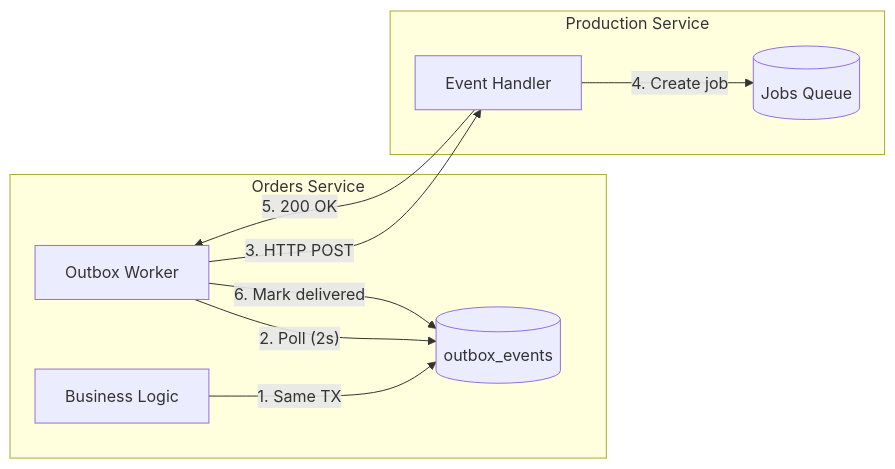
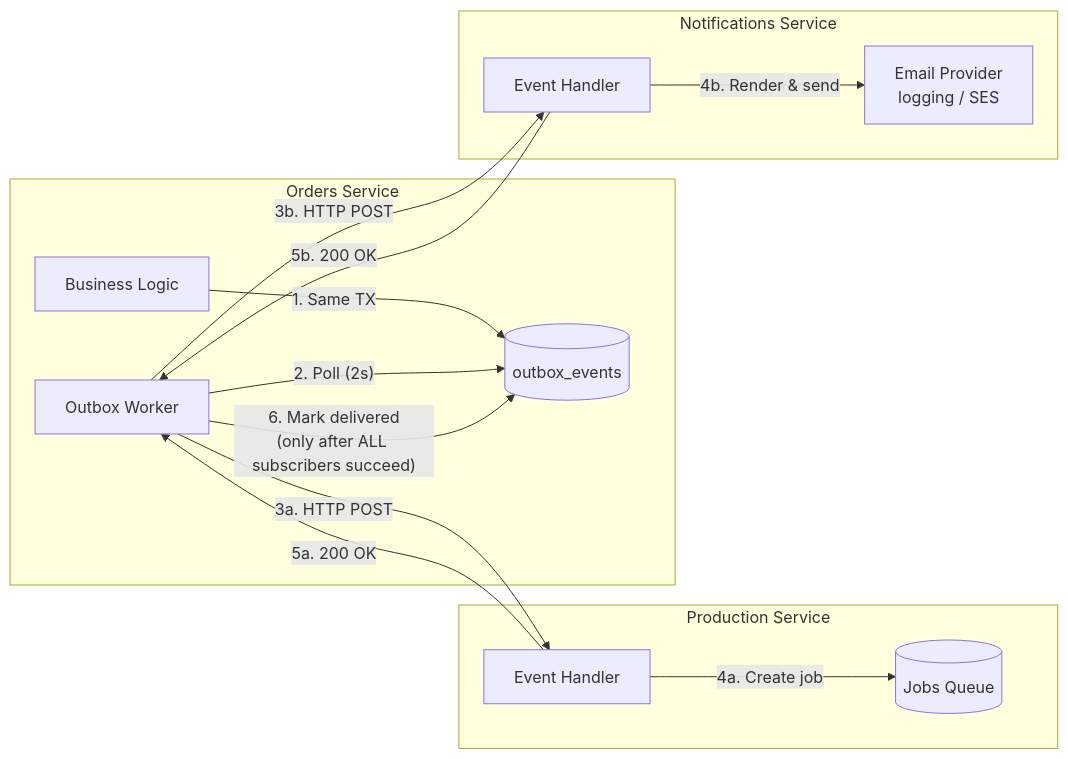
Before and after one commit to PolovinaD/posters-shop: the fifth of 8 diagrams in docs/ARCHITECTURE.md, drawn with Mermaid. The commit also changed other lines of this file and 12 other files, not shown here.

First line of the commit message:
docs(260718-u6s): repo docs sweep for the notifications service

````diff
--- a/docs/ARCHITECTURE.md
+++ b/docs/ARCHITECTURE.md
@@ -179,20 +202,28 @@
 ```mermaid
 flowchart LR
     subgraph "Orders Service"
         BL[Business Logic]
         OT[(outbox_events)]
         OW[Outbox Worker]
     end
     
     subgraph "Production Service"
         EH[Event Handler]
         JQ[(Jobs Queue)]
     end
     
+    subgraph "Notifications Service"
+        NEH[Event Handler]
+        EP[Email Provider<br/>logging / SES]
+    end
+    
     BL -->|"1. Same TX"| OT
     OW -->|"2. Poll (2s)"| OT
-    OW -->|"3. HTTP POST"| EH
-    EH -->|"4. Create job"| JQ
-    EH -->|"5. 200 OK"| OW
-    OW -->|"6. Mark delivered"| OT
+    OW -->|"3a. HTTP POST"| EH
+    EH -->|"4a. Create job"| JQ
+    EH -->|"5a. 200 OK"| OW
+    OW -->|"3b. HTTP POST"| NEH
+    NEH -->|"4b. Render & send"| EP
+    NEH -->|"5b. 200 OK"| OW
+    OW -->|"6. Mark delivered<br/>(only after ALL subscribers succeed)"| OT
 ```
````
